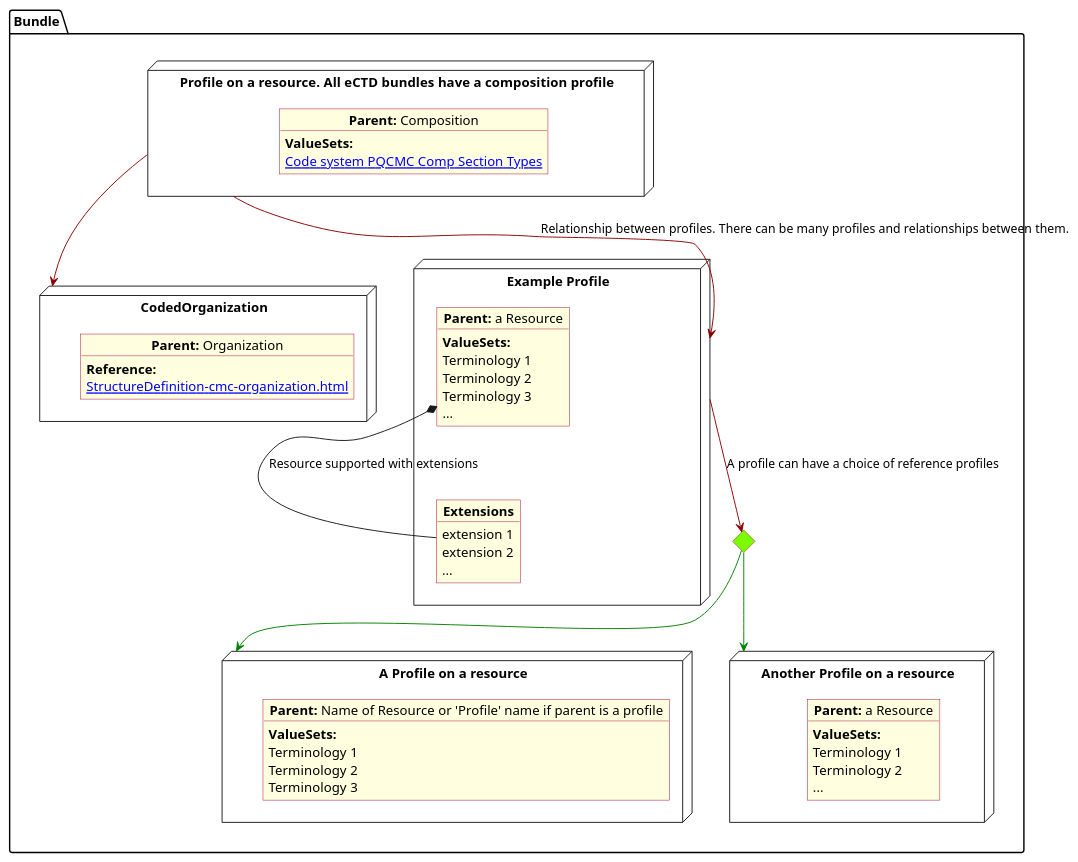
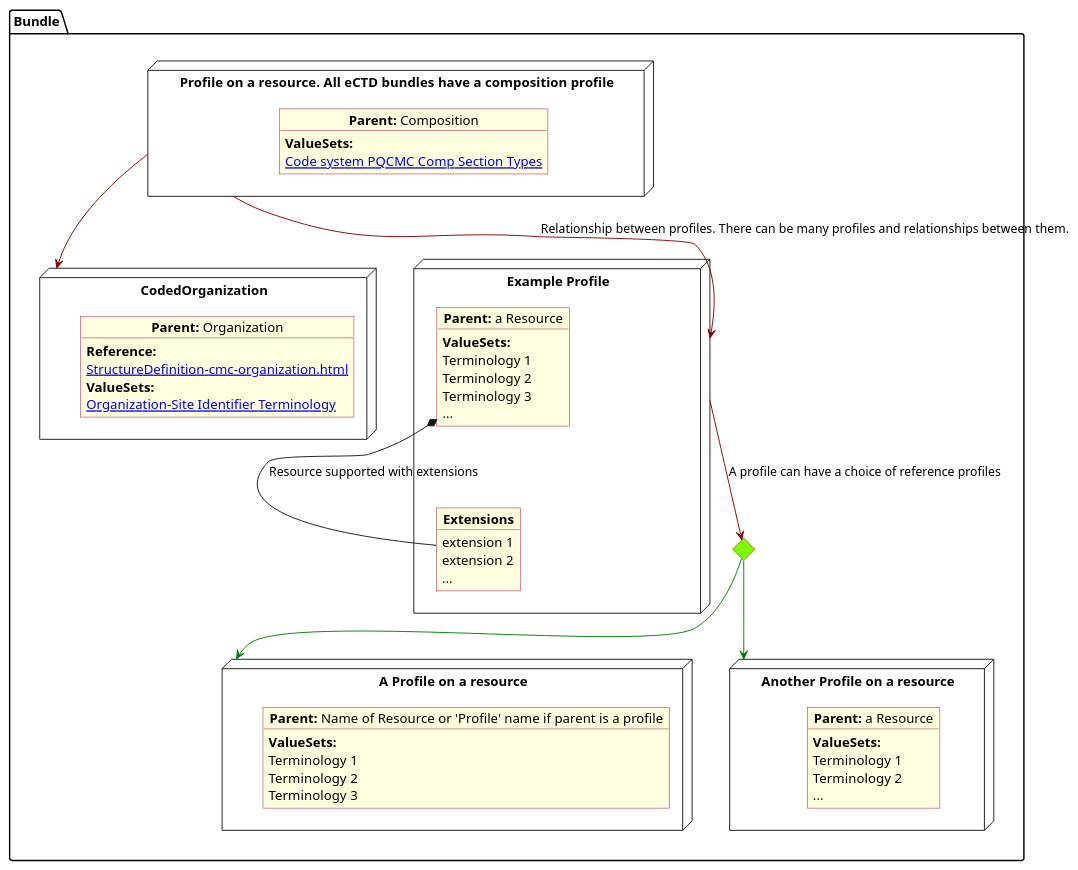
One commit to HL7/FHIR-us-pq-cmc-fda changed the diagram in input/images-source/legend.plantuml. Above: the diagram before and after it, drawn with PlantUML. The commit also changed 7 other files, not shown here.

Commit message:
organization in diagrams updated

```diff
--- a/input/images-source/legend.plantuml
+++ b/input/images-source/legend.plantuml
@@ -1,74 +1,76 @@
 @startuml legend
 allowmixing
 'Mixed model of use case and object
 skinparam svgDimensionStyle false
 skinparam ObjectBackgroundColor LightYellow
 skinparam ObjectBorderColor #A80036
 skinparam activityDiamondBorderColor #A80036
 skinparam activityDiamondBackgroundColor lawnGreen
 skinparam ClassBorderThickness 4
 
 package "Bundle" as NODES {
   node "A Profile on a resource" as Nameprofile {
     object "**Parent:** Name of Resource or 'Profile' name if parent is a profile" as objcs {
       **ValueSets:**
       Terminology 1
       Terminology 2
       Terminology 3
     }
   }
 
   node "CodedOrganization" as NSO {
 
     object "**Parent:** Organization" as objAu {
       **Reference:**
       [[StructureDefinition-cmc-organization.html]]
+      **ValueSets:**
+      [[ValueSet-pqcmc-org-identifier-type-terminology.html Organization-Site Identifier Terminology]]
     }
   }
 
   diamond CH
 
   node "Example Profile" as NN {
 
     object "**Parent:** a Resource" as obj3 {
       **ValueSets:**
       Terminology 1
       Terminology 2
       Terminology 3
       ...
     }
     object "**Extensions**" as objExs {
       extension 1
       extension 2
       ...
     }
     obj3 *-- objExs : Resource supported with extensions
 
   }
 
   node "Profile on a resource.  All eCTD bundles have a composition profile" as N1 {
 
     object "**Parent:** Composition" as obj1 {
       **ValueSets:**
       [[ValueSet-cmc-comp-section-types-vs.html Code system PQCMC Comp Section Types]]
     }
 
   }
 
   node "Another Profile on a resource" as NN3 {
 
     object "**Parent:** a Resource" as obj33 {
       **ValueSets:**
       Terminology 1
       Terminology 2
       ...
     }
   }
 
   N1 -[#darkred]-> NSO
   NN -[#darkred]-> CH : A profile can have a choice of reference profiles
   CH -[#green]-> Nameprofile
   CH -[#green]-> NN3
   N1 -[#darkred]-> NN :  Relationship between profiles.  There can be many profiles and relationships between them.
 }
 @enduml
```
